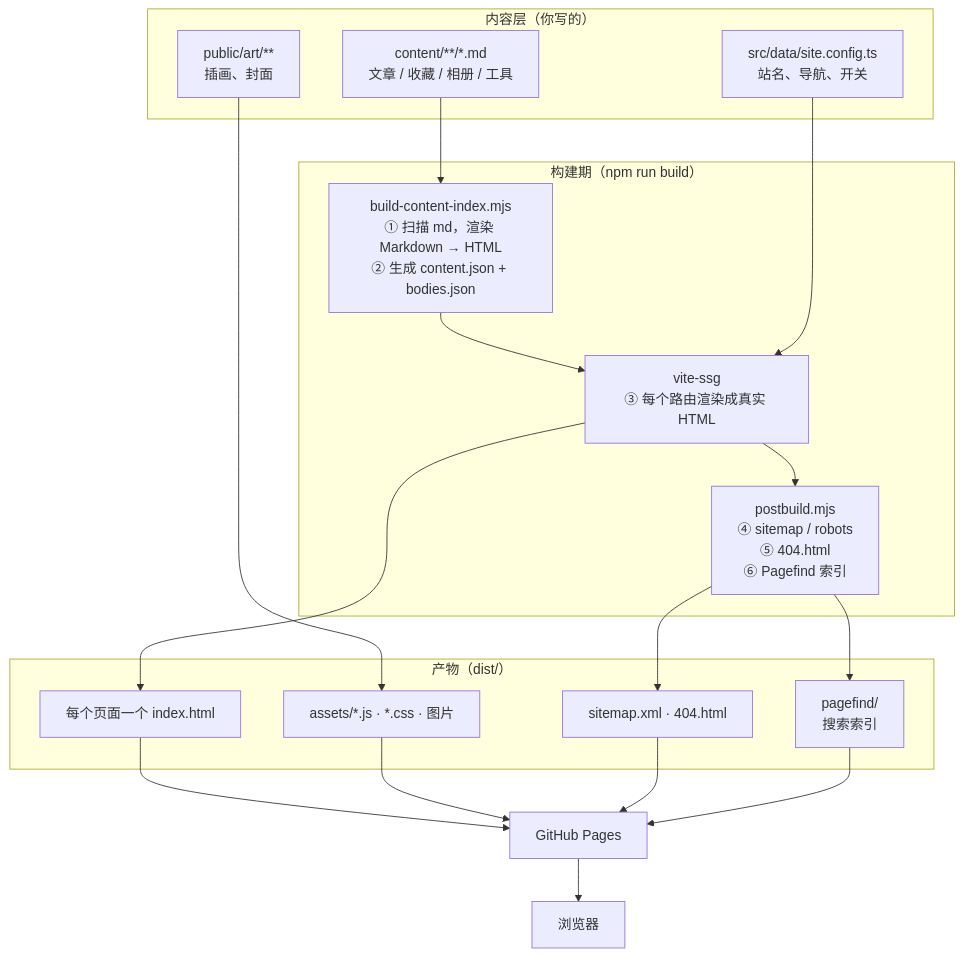
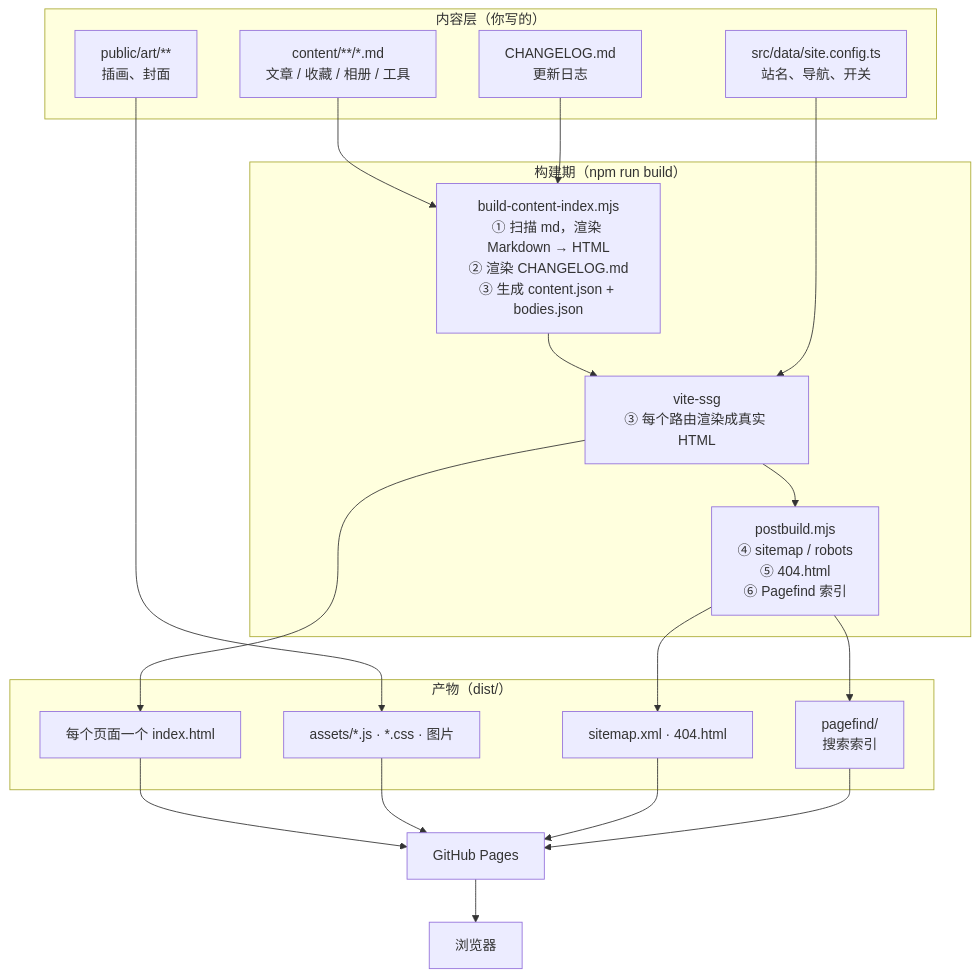
One commit to jiaonojue/blog changed the first of 4 diagrams in docs/ARCHITECTURE.md. Above: the diagram before and after it, drawn with Mermaid. The commit also changed other lines of this file and 17 other files, not shown here.

````diff
--- a/docs/ARCHITECTURE.md
+++ b/docs/ARCHITECTURE.md
@@ -17,38 +17,40 @@
 ```mermaid
 flowchart TD
     subgraph 内容["内容层（你写的）"]
         MD["content/**/*.md<br/>文章 / 收藏 / 相册 / 工具"]
+        LOG["CHANGELOG.md<br/>更新日志"]
         ART["public/art/**<br/>插画、封面"]
         CFG["src/data/site.config.ts<br/>站名、导航、开关"]
     end
 
     subgraph 构建期["构建期（npm run build）"]
-        IDX["build-content-index.mjs<br/>① 扫描 md，渲染 Markdown → HTML<br/>② 生成 content.json + bodies.json"]
+        IDX["build-content-index.mjs<br/>① 扫描 md，渲染 Markdown → HTML<br/>② 渲染 CHANGELOG.md<br/>③ 生成 content.json + bodies.json"]
         SSG["vite-ssg<br/>③ 每个路由渲染成真实 HTML"]
         POST["postbuild.mjs<br/>④ sitemap / robots<br/>⑤ 404.html<br/>⑥ Pagefind 索引"]
     end
 
     subgraph 产物["产物（dist/）"]
         HTML["每个页面一个 index.html"]
         ASSETS["assets/*.js · *.css · 图片"]
         META["sitemap.xml · 404.html"]
         PF["pagefind/<br/>搜索索引"]
     end
 
     Browser["浏览器"]
     Pages["GitHub Pages"]
 
     MD --> IDX
+    LOG --> IDX
     IDX --> SSG
     CFG --> SSG
     SSG --> POST
     SSG --> HTML
     POST --> META
     POST --> PF
     ART --> ASSETS
     HTML --> Pages
     ASSETS --> Pages
     META --> Pages
     PF --> Pages
     Pages --> Browser
 ```
````
